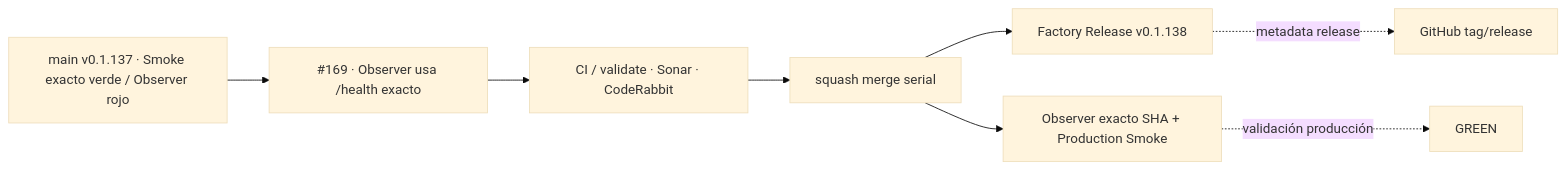
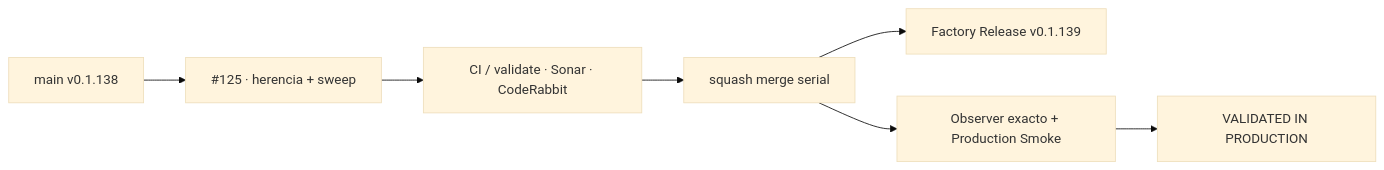
Before and after one commit to pl0n3r/GrindFlow: the diagram in README.md, drawn with Mermaid (base theme). The commit also changed other lines of this file and 10 other files, not shown here.

````diff
--- a/README.md
+++ b/README.md
@@ -47,10 +46,9 @@
 ```mermaid
 flowchart LR
-  A["main v0.1.137 · Smoke exacto verde / Observer rojo"] --> P["#169 · Observer usa /health exacto"]
+  A["main v0.1.138"] --> P["#125 · herencia + sweep"]
   P --> Q["CI / validate · Sonar · CodeRabbit"]
   Q --> M["squash merge serial"]
-  M --> R["Factory Release v0.1.138"]
-  M --> X["Observer exacto SHA + Production Smoke"]
-  R -. "metadata release" .-> Z["GitHub tag/release"]
-  X -. "validación producción" .-> Y["GREEN"]
+  M --> R["Factory Release v0.1.139"]
+  M --> X["Observer exacto + Production Smoke"]
+  X --> Y["VALIDATED IN PRODUCTION"]
 ```
````
